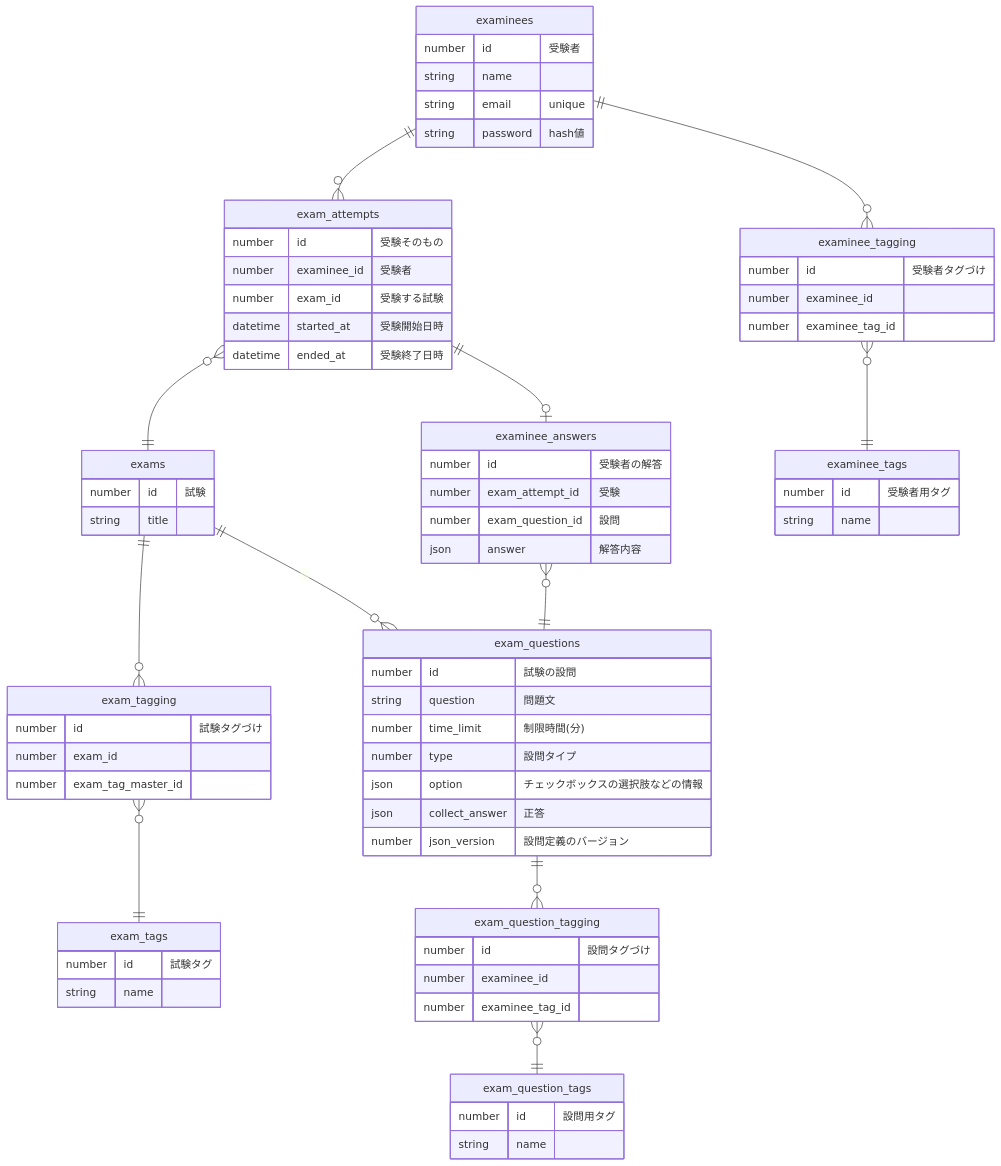
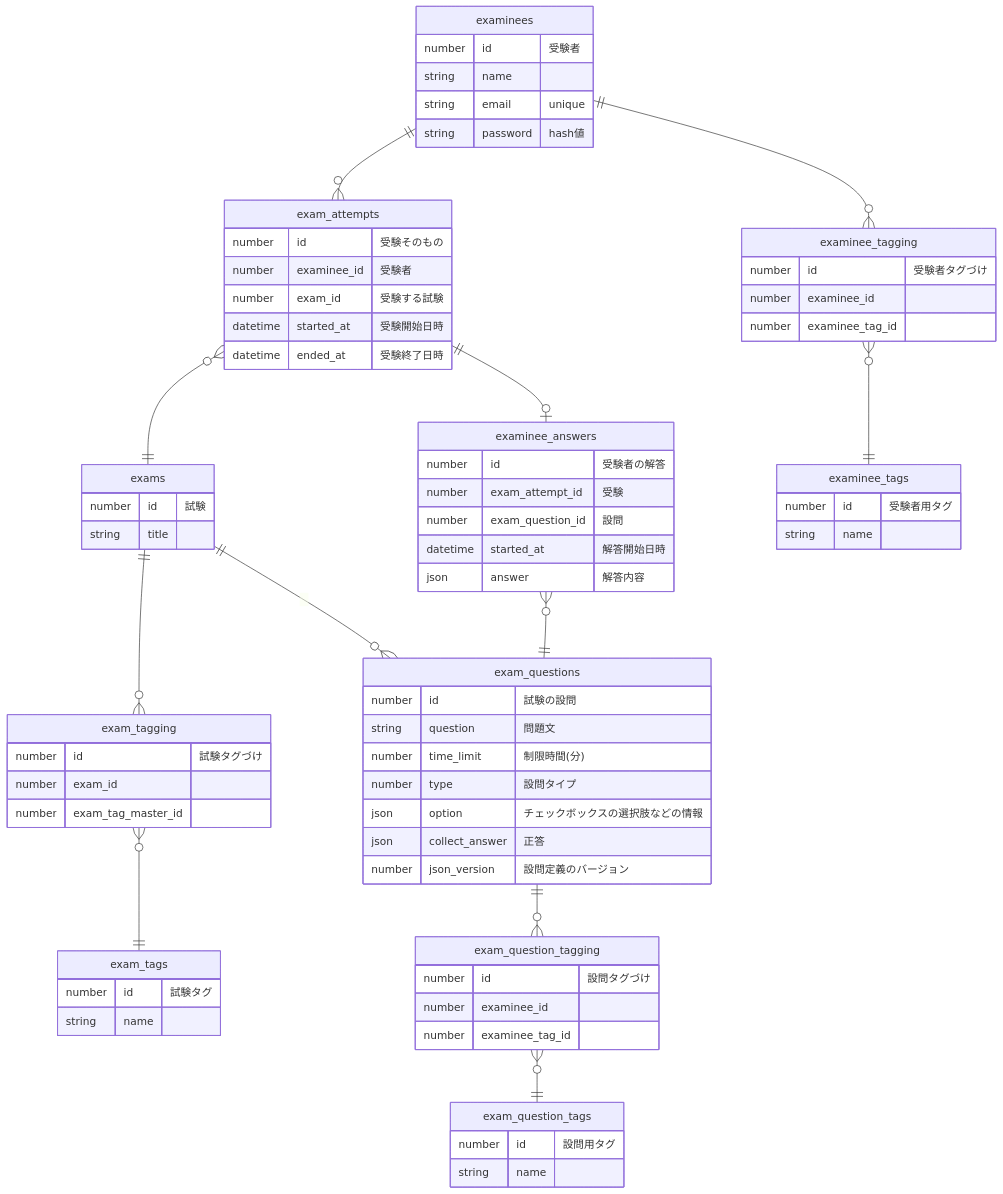
Before and after one commit to Nagisa-Ishikawa/AptitudeQuizMaster: the diagram in doc/設計_ER図.md, drawn with Mermaid. The commit also changed 8 other files, not shown here.

````diff
--- a/doc/設計_ER図.md
+++ b/doc/設計_ER図.md
@@ -13,79 +13,80 @@
 ```mermaid
 erDiagram
 
 examinees {
 	number id "受験者"
 	string name
 	string email "unique"
 	string password "hash値"
 }
 exam_attempts{
 	number id "受験そのもの"
 	number examinee_id "受験者"
 	number exam_id "受験する試験"
 	datetime started_at "受験開始日時"
 	datetime ended_at "受験終了日時"
 }
 examinee_answers {
 	number id "受験者の解答"
 	number exam_attempt_id "受験"
 	number exam_question_id "設問"
+	datetime started_at "解答開始日時"
 	json answer "解答内容"
 }
 
 exams {
 	number id "試験"
 	string title
 }
 exam_questions {
 	number id "試験の設問"
 	string question "問題文"
 	number time_limit "制限時間(分)"
 	number type "設問タイプ"
 	json option "チェックボックスの選択肢などの情報"
 	json collect_answer "正答"
 	number json_version "設問定義のバージョン"
 }
 
 examinee_tagging {
 	number id "受験者タグづけ"
 	number examinee_id
 	number examinee_tag_id
 }
 examinee_tags {
 	number id "受験者用タグ"
 	string name
 }
 exam_tagging {
 	number id "試験タグづけ"
 	number exam_id
 	number exam_tag_master_id
 }
 exam_tags {
 	number id "試験タグ"
 	string name
 }
 exam_question_tagging {
 	number id "設問タグづけ"
 	number examinee_id
 	number examinee_tag_id
 }
 exam_question_tags {
 	number id "設問用タグ"
 	string name
 }
 
 examinees ||--o{ exam_attempts : ""
 exam_attempts ||--o| examinee_answers: ""
 exam_attempts }o--|| exams: ""
 exams ||--o{ exam_questions : "　"
 examinee_answers }o--|| exam_questions : ""
 
 examinees ||--o{ examinee_tagging : ""
 examinee_tagging }o--|| examinee_tags : ""
 exams ||--o{ exam_tagging : ""
 exam_tagging }o--|| exam_tags : ""
 exam_questions ||--o{ exam_question_tagging : ""
 exam_question_tagging }o--|| exam_question_tags : ""
 
 ```
````
